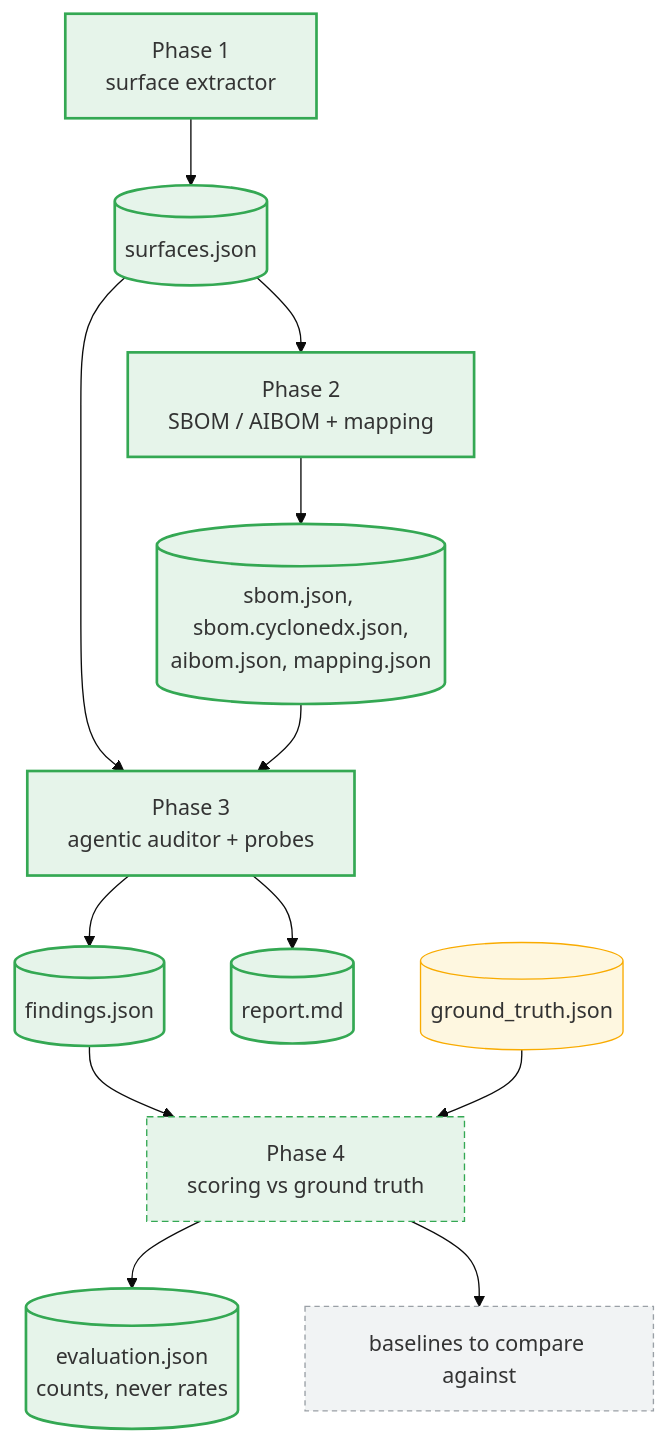
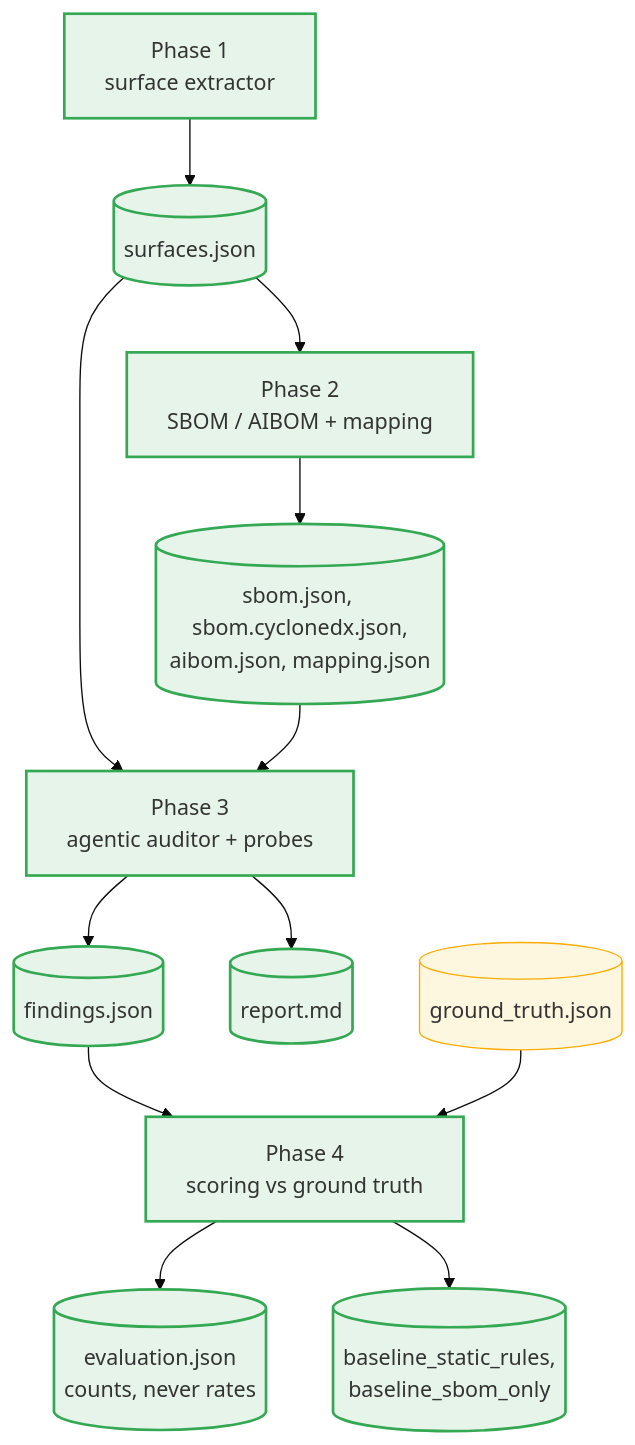
Before and after one commit to heinthtnaung/AgenticLLMAppAuditor: the ninth of 9 diagrams in docs/FLOW.md, drawn with Mermaid (base theme). The commit also changed other lines of this file and 4 other files, not shown here.

````diff
--- a/docs/FLOW.md
+++ b/docs/FLOW.md
@@ -410,22 +414,18 @@
 ```mermaid
 flowchart TD
     P1[Phase 1<br/>surface extractor] --> SJ[(surfaces.json)]
     SJ --> P2[Phase 2<br/>SBOM / AIBOM + mapping]
     P2 --> MJ[(sbom.json, sbom.cyclonedx.json,<br/>aibom.json, mapping.json)]
     SJ --> P3[Phase 3<br/>agentic auditor + probes]
     MJ --> P3
     P3 --> FJ[(findings.json)]
     P3 --> RM[(report.md)]
     FJ --> P4[Phase 4<br/>scoring vs ground truth]
     GT[(ground_truth.json)] --> P4
     P4 --> RES[(evaluation.json<br/>counts, never rates)]
-    P4 --> BL[baselines to compare against]
+    P4 --> BL[(baseline_static_rules,<br/>baseline_sbom_only)]
 
     classDef built fill:#e6f4ea,stroke:#34a853,stroke-width:2px
-    classDef partial fill:#e6f4ea,stroke:#34a853,stroke-dasharray:5 3
-    classDef planned fill:#f1f3f4,stroke:#9aa0a6,stroke-dasharray:4 3
-    class P1,SJ,P2,MJ,FJ,RM,P3,RES built
-    class P4 partial
-    class BL planned
+    class P1,SJ,P2,MJ,FJ,RM,P3,P4,RES,BL built
     style GT fill:#fef7e0,stroke:#f9ab00
 ```
````
